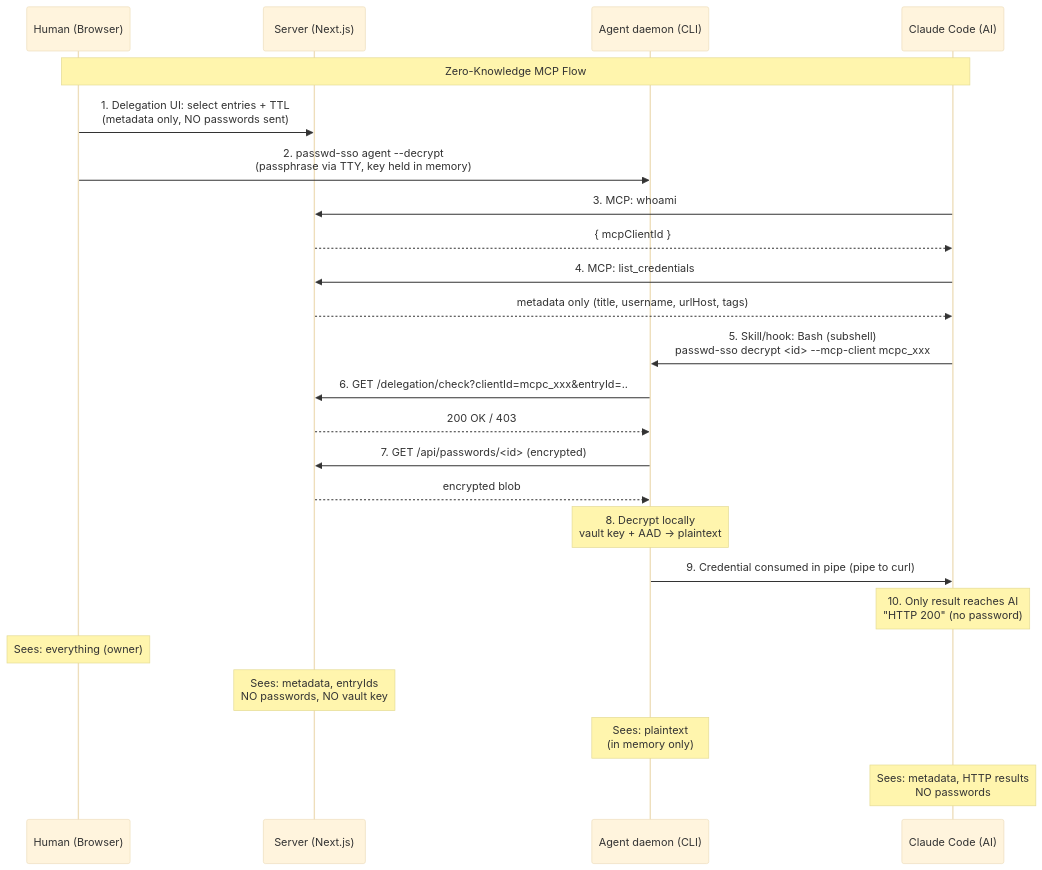
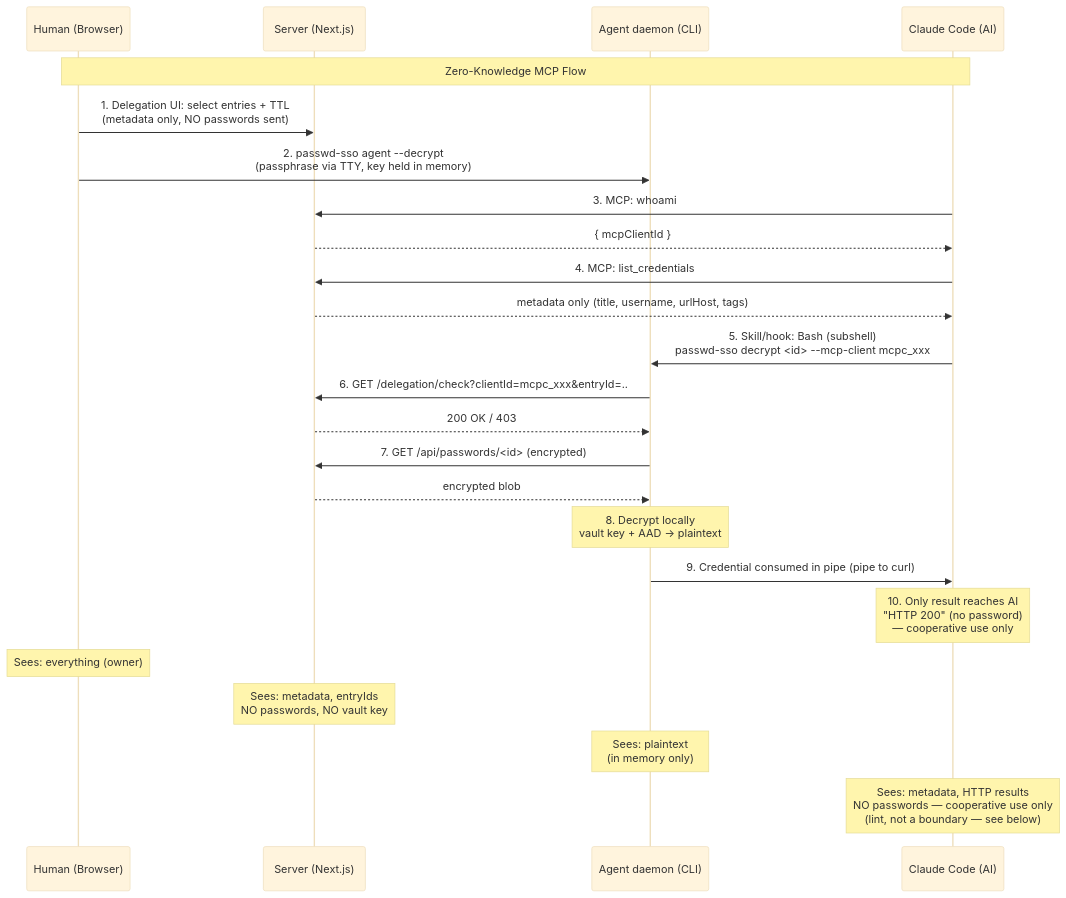
Before and after one commit to ngc-shj/passwd-sso: the fourth of 4 diagrams in docs/architecture/machine-identity.md, drawn with Mermaid (base theme). The commit also changed other lines of this file and 19 other files, not shown here.

````diff
--- a/docs/architecture/machine-identity.md
+++ b/docs/architecture/machine-identity.md
@@ -242,37 +242,37 @@
 ```mermaid
 sequenceDiagram
     participant Human as Human (Browser)
     participant Server as Server (Next.js)
     participant Agent as Agent daemon (CLI)
     participant AI as Claude Code (AI)
 
     Note over Human,AI: Zero-Knowledge MCP Flow
 
     Human ->> Server: 1. Delegation UI: select entries + TTL<br/>(metadata only, NO passwords sent)
     Human ->> Agent: 2. passwd-sso agent --decrypt<br/>(passphrase via TTY, key held in memory)
 
     AI ->> Server: 3. MCP: whoami
     Server -->> AI: { mcpClientId }
 
     AI ->> Server: 4. MCP: list_credentials
     Server -->> AI: metadata only (title, username, urlHost, tags)
 
     AI ->> Agent: 5. Skill/hook: Bash (subshell)<br/>passwd-sso decrypt <id> --mcp-client mcpc_xxx
 
     Agent ->> Server: 6. GET /delegation/check?clientId=mcpc_xxx&entryId=..
     Server -->> Agent: 200 OK / 403
 
     Agent ->> Server: 7. GET /api/passwords/<id> (encrypted)
     Server -->> Agent: encrypted blob
 
     Note over Agent: 8. Decrypt locally<br/>vault key + AAD → plaintext
 
     Agent ->> AI: 9. Credential consumed in pipe (pipe to curl)
 
-    Note over AI: 10. Only result reaches AI<br/>"HTTP 200" (no password)
+    Note over AI: 10. Only result reaches AI<br/>"HTTP 200" (no password)<br/>— cooperative use only
 
     Note over Human: Sees: everything (owner)
     Note over Server: Sees: metadata, entryIds<br/>NO passwords, NO vault key
     Note over Agent: Sees: plaintext<br/>(in memory only)
-    Note over AI: Sees: metadata, HTTP results<br/>NO passwords
+    Note over AI: Sees: metadata, HTTP results<br/>NO passwords — cooperative use only<br/>(lint, not a boundary — see below)
 ```
````
